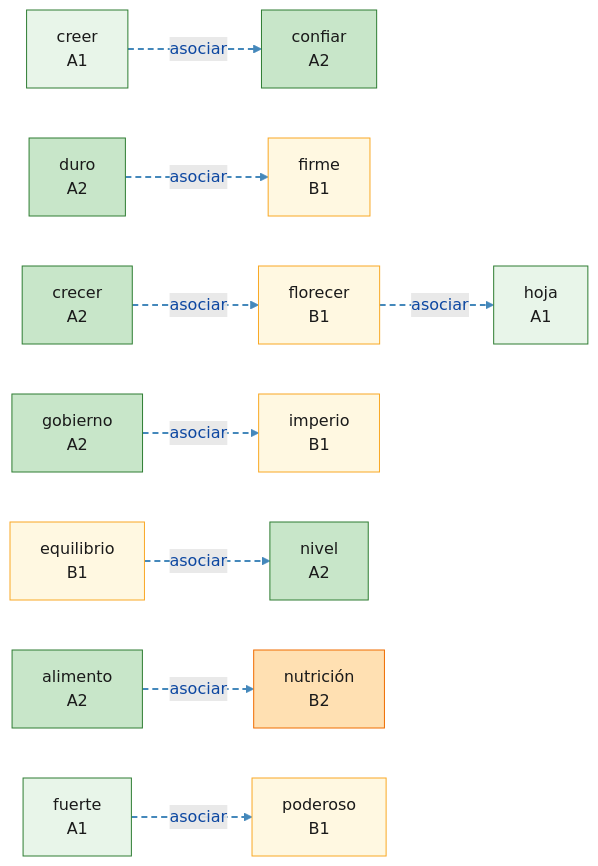
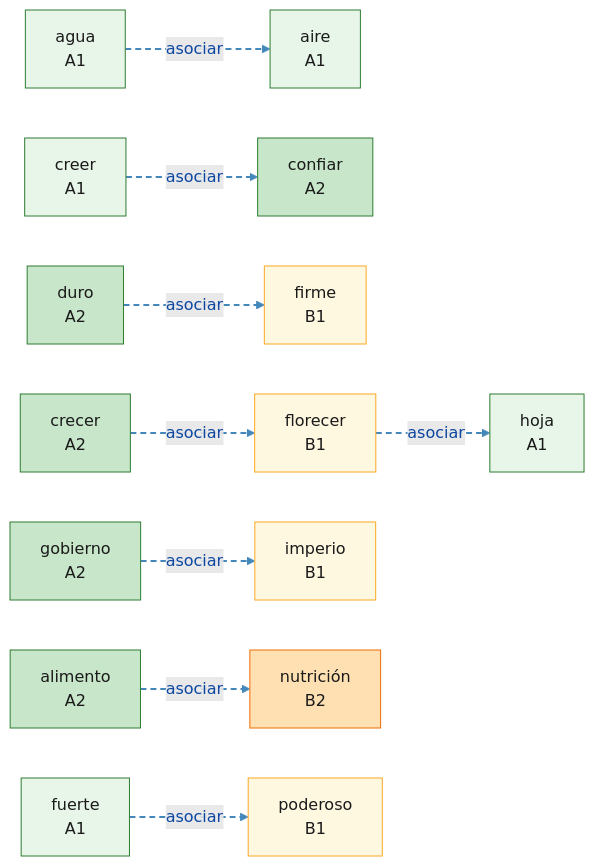
The diagram in mindmaps/asociar_a-l-3-4.md (auding1900/es-raiz-vocab), drawn with Mermaid before and after one commit. The commit also changed other lines of this file and 30 other files, not shown here.

First line of the commit message:
feat(data): 新增 C4 词根导图：struct,fabric,constru,mol,aed,tect,mur,pont

````diff
--- a/mindmaps/asociar_a-l-3-4.md
+++ b/mindmaps/asociar_a-l-3-4.md
@@ -8,57 +8,57 @@
 ```mermaid
 graph LR
+  W_agua["agua<br/>A1"]:::lvlA1
+  W_aire["aire<br/>A1"]:::lvlA1
   W_alimento["alimento<br/>A2"]:::lvlA2
   W_confiar["confiar<br/>A2"]:::lvlA2
   W_crecer["crecer<br/>A2"]:::lvlA2
   W_creer["creer<br/>A1"]:::lvlA1
   W_duro["duro<br/>A2"]:::lvlA2
-  W_equilibrio["equilibrio<br/>B1"]:::lvlB1
   W_firme["firme<br/>B1"]:::lvlB1
   W_florecer["florecer<br/>B1"]:::lvlB1
   W_fuerte["fuerte<br/>A1"]:::lvlA1
   W_gobierno["gobierno<br/>A2"]:::lvlA2
   W_hoja["hoja<br/>A1"]:::lvlA1
   W_imperio["imperio<br/>B1"]:::lvlB1
-  W_nivel["nivel<br/>A2"]:::lvlA2
   W_nutricion["nutrición<br/>B2"]:::lvlB2
   W_poderoso["poderoso<br/>B1"]:::lvlB1
+  W_agua -.->|asociar| W_aire
   W_crecer -.->|asociar| W_florecer
   W_florecer -.->|asociar| W_hoja
   W_alimento -.->|asociar| W_nutricion
   W_fuerte -.->|asociar| W_poderoso
   W_duro -.->|asociar| W_firme
   W_creer -.->|asociar| W_confiar
   W_gobierno -.->|asociar| W_imperio
-  W_equilibrio -.->|asociar| W_nivel
   linkStyle 0 stroke:#4488bb,stroke-width:2px,stroke-dasharray:6 4
   linkStyle 1 stroke:#4488bb,stroke-width:2px,stroke-dasharray:6 4
   linkStyle 2 stroke:#4488bb,stroke-width:2px,stroke-dasharray:6 4
   linkStyle 3 stroke:#4488bb,stroke-width:2px,stroke-dasharray:6 4
   linkStyle 4 stroke:#4488bb,stroke-width:2px,stroke-dasharray:6 4
   linkStyle 5 stroke:#4488bb,stroke-width:2px,stroke-dasharray:6 4
   linkStyle 6 stroke:#4488bb,stroke-width:2px,stroke-dasharray:6 4
   linkStyle 7 stroke:#4488bb,stroke-width:2px,stroke-dasharray:6 4
   classDef root fill:#bbdefb,stroke:#1565c0,stroke-width:2px,color:#0d47a1
   classDef lvlA1 fill:#e8f5e9,stroke:#2e7d32,color:#1a1a1a
   classDef lvlA2 fill:#c8e6c9,stroke:#2e7d32,color:#1a1a1a
   classDef lvlB1 fill:#fff8e1,stroke:#f9a825,color:#1a1a1a
   classDef lvlB2 fill:#ffe0b2,stroke:#ef6c00,color:#1a1a1a
   classDef lvlC1 fill:#ffccbc,stroke:#d84315,color:#1a1a1a
   classDef lvlC2 fill:#ffcdd2,stroke:#b71c1c,color:#1a1a1a
   classDef lvlNA fill:#f5f5f5,stroke:#9e9e9e,color:#424242
+  click W_agua "https://www.doubao.com/chat?q=%E8%A5%BF%E7%8F%AD%E7%89%99%E8%AF%ADagua%EF%BC%8C%E8%AF%8D%E6%A0%B9aqu%EF%BC%8C%E8%A7%A3%E9%87%8A%E8%AF%8D%E4%B9%89%E3%80%81DELE%E7%AD%89%E7%BA%A7%E3%80%81%E8%AF%AD%E4%BD%93%E3%80%81%E5%B8%B8%E7%94%A8%E6%90%AD%E9%85%8D%E3%80%81%E8%BF%91%E4%B9%89%E8%AF%8D%E8%BE%A8%E6%9E%90%EF%BC%8C%E5%B9%B6%E4%B8%94%E7%BB%992%E6%9D%A1%E6%9D%A5%E8%87%AA%E5%85%AC%E7%89%88%E8%A5%BF%E8%AF%AD%E6%96%87%E6%9C%AC%EF%BC%88Wikisource%2F%E5%8F%A4%E7%99%BB%E5%A0%A1%EF%BC%89%E7%9A%84%E8%87%AA%E7%84%B6%E4%BE%8B%E5%8F%A5%EF%BC%8C%E4%BE%8B%E5%8F%A5%E4%BC%98%E5%85%88%E9%80%89%E7%94%A8%E7%8E%B0%E4%BB%A3%E6%A0%87%E5%87%86%E8%A5%BF%E7%8F%AD%E7%89%99%E8%AF%AD%EF%BC%8C%E5%8F%A4%E4%BD%93%E4%BE%8B%E5%8F%A5%E6%A0%87%E6%B3%A8%E3%80%90arca%C3%ADsmo%E3%80%91" "豆包查询：agua" _blank
+  click W_aire "https://www.doubao.com/chat?q=%E8%A5%BF%E7%8F%AD%E7%89%99%E8%AF%ADaire%EF%BC%8C%E8%AF%8D%E6%A0%B9aer%EF%BC%8C%E8%A7%A3%E9%87%8A%E8%AF%8D%E4%B9%89%E3%80%81DELE%E7%AD%89%E7%BA%A7%E3%80%81%E8%AF%AD%E4%BD%93%E3%80%81%E5%B8%B8%E7%94%A8%E6%90%AD%E9%85%8D%E3%80%81%E8%BF%91%E4%B9%89%E8%AF%8D%E8%BE%A8%E6%9E%90%EF%BC%8C%E5%B9%B6%E4%B8%94%E7%BB%992%E6%9D%A1%E6%9D%A5%E8%87%AA%E5%85%AC%E7%89%88%E8%A5%BF%E8%AF%AD%E6%96%87%E6%9C%AC%EF%BC%88Wikisource%2F%E5%8F%A4%E7%99%BB%E5%A0%A1%EF%BC%89%E7%9A%84%E8%87%AA%E7%84%B6%E4%BE%8B%E5%8F%A5%EF%BC%8C%E4%BE%8B%E5%8F%A5%E4%BC%98%E5%85%88%E9%80%89%E7%94%A8%E7%8E%B0%E4%BB%A3%E6%A0%87%E5%87%86%E8%A5%BF%E7%8F%AD%E7%89%99%E8%AF%AD%EF%BC%8C%E5%8F%A4%E4%BD%93%E4%BE%8B%E5%8F%A5%E6%A0%87%E6%B3%A8%E3%80%90arca%C3%ADsmo%E3%80%91" "豆包查询：aire" _blank
   click W_alimento "https://www.doubao.com/chat?q=%E8%A5%BF%E7%8F%AD%E7%89%99%E8%AF%ADalimento%EF%BC%8C%E8%AF%8D%E6%A0%B9al%EF%BC%8C%E8%A7%A3%E9%87%8A%E8%AF%8D%E4%B9%89%E3%80%81DELE%E7%AD%89%E7%BA%A7%E3%80%81%E8%AF%AD%E4%BD%93%E3%80%81%E5%B8%B8%E7%94%A8%E6%90%AD%E9%85%8D%E3%80%81%E8%BF%91%E4%B9%89%E8%AF%8D%E8%BE%A8%E6%9E%90%EF%BC%8C%E5%B9%B6%E4%B8%94%E7%BB%992%E6%9D%A1%E6%9D%A5%E8%87%AA%E5%85%AC%E7%89%88%E8%A5%BF%E8%AF%AD%E6%96%87%E6%9C%AC%EF%BC%88Wikisource%2F%E5%8F%A4%E7%99%BB%E5%A0%A1%EF%BC%89%E7%9A%84%E8%87%AA%E7%84%B6%E4%BE%8B%E5%8F%A5%EF%BC%8C%E4%BE%8B%E5%8F%A5%E4%BC%98%E5%85%88%E9%80%89%E7%94%A8%E7%8E%B0%E4%BB%A3%E6%A0%87%E5%87%86%E8%A5%BF%E7%8F%AD%E7%89%99%E8%AF%AD%EF%BC%8C%E5%8F%A4%E4%BD%93%E4%BE%8B%E5%8F%A5%E6%A0%87%E6%B3%A8%E3%80%90arca%C3%ADsmo%E3%80%91" "豆包查询：alimento" _blank
   click W_confiar "https://www.doubao.com/chat?q=%E8%A5%BF%E7%8F%AD%E7%89%99%E8%AF%ADconfiar%EF%BC%8C%E8%AF%8D%E6%A0%B9fid%EF%BC%8C%E8%A7%A3%E9%87%8A%E8%AF%8D%E4%B9%89%E3%80%81DELE%E7%AD%89%E7%BA%A7%E3%80%81%E8%AF%AD%E4%BD%93%E3%80%81%E5%B8%B8%E7%94%A8%E6%90%AD%E9%85%8D%E3%80%81%E8%BF%91%E4%B9%89%E8%AF%8D%E8%BE%A8%E6%9E%90%EF%BC%8C%E5%B9%B6%E4%B8%94%E7%BB%992%E6%9D%A1%E6%9D%A5%E8%87%AA%E5%85%AC%E7%89%88%E8%A5%BF%E8%AF%AD%E6%96%87%E6%9C%AC%EF%BC%88Wikisource%2F%E5%8F%A4%E7%99%BB%E5%A0%A1%EF%BC%89%E7%9A%84%E8%87%AA%E7%84%B6%E4%BE%8B%E5%8F%A5%EF%BC%8C%E4%BE%8B%E5%8F%A5%E4%BC%98%E5%85%88%E9%80%89%E7%94%A8%E7%8E%B0%E4%BB%A3%E6%A0%87%E5%87%86%E8%A5%BF%E7%8F%AD%E7%89%99%E8%AF%AD%EF%BC%8C%E5%8F%A4%E4%BD%93%E4%BE%8B%E5%8F%A5%E6%A0%87%E6%B3%A8%E3%80%90arca%C3%ADsmo%E3%80%91" "豆包查询：confiar" _blank
   click W_crecer "https://www.doubao.com/chat?q=%E8%A5%BF%E7%8F%AD%E7%89%99%E8%AF%ADcrecer%EF%BC%8C%E8%AF%8D%E6%A0%B9cresc%EF%BC%8C%E8%A7%A3%E9%87%8A%E8%AF%8D%E4%B9%89%E3%80%81DELE%E7%AD%89%E7%BA%A7%E3%80%81%E8%AF%AD%E4%BD%93%E3%80%81%E5%B8%B8%E7%94%A8%E6%90%AD%E9%85%8D%E3%80%81%E8%BF%91%E4%B9%89%E8%AF%8D%E8%BE%A8%E6%9E%90%EF%BC%8C%E5%B9%B6%E4%B8%94%E7%BB%992%E6%9D%A1%E6%9D%A5%E8%87%AA%E5%85%AC%E7%89%88%E8%A5%BF%E8%AF%AD%E6%96%87%E6%9C%AC%EF%BC%88Wikisource%2F%E5%8F%A4%E7%99%BB%E5%A0%A1%EF%BC%89%E7%9A%84%E8%87%AA%E7%84%B6%E4%BE%8B%E5%8F%A5%EF%BC%8C%E4%BE%8B%E5%8F%A5%E4%BC%98%E5%85%88%E9%80%89%E7%94%A8%E7%8E%B0%E4%BB%A3%E6%A0%87%E5%87%86%E8%A5%BF%E7%8F%AD%E7%89%99%E8%AF%AD%EF%BC%8C%E5%8F%A4%E4%BD%93%E4%BE%8B%E5%8F%A5%E6%A0%87%E6%B3%A8%E3%80%90arca%C3%ADsmo%E3%80%91" "豆包查询：crecer" _blank
   click W_creer "https://www.doubao.com/chat?q=%E8%A5%BF%E7%8F%AD%E7%89%99%E8%AF%ADcreer%EF%BC%8C%E8%AF%8D%E6%A0%B9cred%EF%BC%8C%E8%A7%A3%E9%87%8A%E8%AF%8D%E4%B9%89%E3%80%81DELE%E7%AD%89%E7%BA%A7%E3%80%81%E8%AF%AD%E4%BD%93%E3%80%81%E5%B8%B8%E7%94%A8%E6%90%AD%E9%85%8D%E3%80%81%E8%BF%91%E4%B9%89%E8%AF%8D%E8%BE%A8%E6%9E%90%EF%BC%8C%E5%B9%B6%E4%B8%94%E7%BB%992%E6%9D%A1%E6%9D%A5%E8%87%AA%E5%85%AC%E7%89%88%E8%A5%BF%E8%AF%AD%E6%96%87%E6%9C%AC%EF%BC%88Wikisource%2F%E5%8F%A4%E7%99%BB%E5%A0%A1%EF%BC%89%E7%9A%84%E8%87%AA%E7%84%B6%E4%BE%8B%E5%8F%A5%EF%BC%8C%E4%BE%8B%E5%8F%A5%E4%BC%98%E5%85%88%E9%80%89%E7%94%A8%E7%8E%B0%E4%BB%A3%E6%A0%87%E5%87%86%E8%A5%BF%E7%8F%AD%E7%89%99%E8%AF%AD%EF%BC%8C%E5%8F%A4%E4%BD%93%E4%BE%8B%E5%8F%A5%E6%A0%87%E6%B3%A8%E3%80%90arca%C3%ADsmo%E3%80%91" "豆包查询：creer" _blank
   click W_duro "https://www.doubao.com/chat?q=%E8%A5%BF%E7%8F%AD%E7%89%99%E8%AF%ADduro%EF%BC%8C%E8%AF%8D%E6%A0%B9dur%EF%BC%8C%E8%A7%A3%E9%87%8A%E8%AF%8D%E4%B9%89%E3%80%81DELE%E7%AD%89%E7%BA%A7%E3%80%81%E8%AF%AD%E4%BD%93%E3%80%81%E5%B8%B8%E7%94%A8%E6%90%AD%E9%85%8D%E3%80%81%E8%BF%91%E4%B9%89%E8%AF%8D%E8%BE%A8%E6%9E%90%EF%BC%8C%E5%B9%B6%E4%B8%94%E7%BB%992%E6%9D%A1%E6%9D%A5%E8%87%AA%E5%85%AC%E7%89%88%E8%A5%BF%E8%AF%AD%E6%96%87%E6%9C%AC%EF%BC%88Wikisource%2F%E5%8F%A4%E7%99%BB%E5%A0%A1%EF%BC%89%E7%9A%84%E8%87%AA%E7%84%B6%E4%BE%8B%E5%8F%A5%EF%BC%8C%E4%BE%8B%E5%8F%A5%E4%BC%98%E5%85%88%E9%80%89%E7%94%A8%E7%8E%B0%E4%BB%A3%E6%A0%87%E5%87%86%E8%A5%BF%E7%8F%AD%E7%89%99%E8%AF%AD%EF%BC%8C%E5%8F%A4%E4%BD%93%E4%BE%8B%E5%8F%A5%E6%A0%87%E6%B3%A8%E3%80%90arca%C3%ADsmo%E3%80%91" "豆包查询：duro" _blank
-  click W_equilibrio "https://www.doubao.com/chat?q=%E8%A5%BF%E7%8F%AD%E7%89%99%E8%AF%ADequilibrio%EF%BC%8C%E8%AF%8D%E6%A0%B9lib%EF%BC%8C%E8%A7%A3%E9%87%8A%E8%AF%8D%E4%B9%89%E3%80%81DELE%E7%AD%89%E7%BA%A7%E3%80%81%E8%AF%AD%E4%BD%93%E3%80%81%E5%B8%B8%E7%94%A8%E6%90%AD%E9%85%8D%E3%80%81%E8%BF%91%E4%B9%89%E8%AF%8D%E8%BE%A8%E6%9E%90%EF%BC%8C%E5%B9%B6%E4%B8%94%E7%BB%992%E6%9D%A1%E6%9D%A5%E8%87%AA%E5%85%AC%E7%89%88%E8%A5%BF%E8%AF%AD%E6%96%87%E6%9C%AC%EF%BC%88Wikisource%2F%E5%8F%A4%E7%99%BB%E5%A0%A1%EF%BC%89%E7%9A%84%E8%87%AA%E7%84%B6%E4%BE%8B%E5%8F%A5%EF%BC%8C%E4%BE%8B%E5%8F%A5%E4%BC%98%E5%85%88%E9%80%89%E7%94%A8%E7%8E%B0%E4%BB%A3%E6%A0%87%E5%87%86%E8%A5%BF%E7%8F%AD%E7%89%99%E8%AF%AD%EF%BC%8C%E5%8F%A4%E4%BD%93%E4%BE%8B%E5%8F%A5%E6%A0%87%E6%B3%A8%E3%80%90arca%C3%ADsmo%E3%80%91" "豆包查询：equilibrio" _blank
   click W_firme "https://www.doubao.com/chat?q=%E8%A5%BF%E7%8F%AD%E7%89%99%E8%AF%ADfirme%EF%BC%8C%E8%AF%8D%E6%A0%B9firm%EF%BC%8C%E8%A7%A3%E9%87%8A%E8%AF%8D%E4%B9%89%E3%80%81DELE%E7%AD%89%E7%BA%A7%E3%80%81%E8%AF%AD%E4%BD%93%E3%80%81%E5%B8%B8%E7%94%A8%E6%90%AD%E9%85%8D%E3%80%81%E8%BF%91%E4%B9%89%E8%AF%8D%E8%BE%A8%E6%9E%90%EF%BC%8C%E5%B9%B6%E4%B8%94%E7%BB%992%E6%9D%A1%E6%9D%A5%E8%87%AA%E5%85%AC%E7%89%88%E8%A5%BF%E8%AF%AD%E6%96%87%E6%9C%AC%EF%BC%88Wikisource%2F%E5%8F%A4%E7%99%BB%E5%A0%A1%EF%BC%89%E7%9A%84%E8%87%AA%E7%84%B6%E4%BE%8B%E5%8F%A5%EF%BC%8C%E4%BE%8B%E5%8F%A5%E4%BC%98%E5%85%88%E9%80%89%E7%94%A8%E7%8E%B0%E4%BB%A3%E6%A0%87%E5%87%86%E8%A5%BF%E7%8F%AD%E7%89%99%E8%AF%AD%EF%BC%8C%E5%8F%A4%E4%BD%93%E4%BE%8B%E5%8F%A5%E6%A0%87%E6%B3%A8%E3%80%90arca%C3%ADsmo%E3%80%91" "豆包查询：firme" _blank
   click W_florecer "https://www.doubao.com/chat?q=%E8%A5%BF%E7%8F%AD%E7%89%99%E8%AF%ADflorecer%EF%BC%8C%E8%AF%8D%E6%A0%B9flor%EF%BC%8C%E8%A7%A3%E9%87%8A%E8%AF%8D%E4%B9%89%E3%80%81DELE%E7%AD%89%E7%BA%A7%E3%80%81%E8%AF%AD%E4%BD%93%E3%80%81%E5%B8%B8%E7%94%A8%E6%90%AD%E9%85%8D%E3%80%81%E8%BF%91%E4%B9%89%E8%AF%8D%E8%BE%A8%E6%9E%90%EF%BC%8C%E5%B9%B6%E4%B8%94%E7%BB%992%E6%9D%A1%E6%9D%A5%E8%87%AA%E5%85%AC%E7%89%88%E8%A5%BF%E8%AF%AD%E6%96%87%E6%9C%AC%EF%BC%88Wikisource%2F%E5%8F%A4%E7%99%BB%E5%A0%A1%EF%BC%89%E7%9A%84%E8%87%AA%E7%84%B6%E4%BE%8B%E5%8F%A5%EF%BC%8C%E4%BE%8B%E5%8F%A5%E4%BC%98%E5%85%88%E9%80%89%E7%94%A8%E7%8E%B0%E4%BB%A3%E6%A0%87%E5%87%86%E8%A5%BF%E7%8F%AD%E7%89%99%E8%AF%AD%EF%BC%8C%E5%8F%A4%E4%BD%93%E4%BE%8B%E5%8F%A5%E6%A0%87%E6%B3%A8%E3%80%90arca%C3%ADsmo%E3%80%91" "豆包查询：florecer" _blank
   click W_fuerte "https://www.doubao.com/chat?q=%E8%A5%BF%E7%8F%AD%E7%89%99%E8%AF%ADfuerte%EF%BC%8C%E8%AF%8D%E6%A0%B9fort%EF%BC%8C%E8%A7%A3%E9%87%8A%E8%AF%8D%E4%B9%89%E3%80%81DELE%E7%AD%89%E7%BA%A7%E3%80%81%E8%AF%AD%E4%BD%93%E3%80%81%E5%B8%B8%E7%94%A8%E6%90%AD%E9%85%8D%E3%80%81%E8%BF%91%E4%B9%89%E8%AF%8D%E8%BE%A8%E6%9E%90%EF%BC%8C%E5%B9%B6%E4%B8%94%E7%BB%992%E6%9D%A1%E6%9D%A5%E8%87%AA%E5%85%AC%E7%89%88%E8%A5%BF%E8%AF%AD%E6%96%87%E6%9C%AC%EF%BC%88Wikisource%2F%E5%8F%A4%E7%99%BB%E5%A0%A1%EF%BC%89%E7%9A%84%E8%87%AA%E7%84%B6%E4%BE%8B%E5%8F%A5%EF%BC%8C%E4%BE%8B%E5%8F%A5%E4%BC%98%E5%85%88%E9%80%89%E7%94%A8%E7%8E%B0%E4%BB%A3%E6%A0%87%E5%87%86%E8%A5%BF%E7%8F%AD%E7%89%99%E8%AF%AD%EF%BC%8C%E5%8F%A4%E4%BD%93%E4%BE%8B%E5%8F%A5%E6%A0%87%E6%B3%A8%E3%80%90arca%C3%ADsmo%E3%80%91" "豆包查询：fuerte" _blank
   click W_gobierno "https://www.doubao.com/chat?q=%E8%A5%BF%E7%8F%AD%E7%89%99%E8%AF%ADgobierno%EF%BC%8C%E8%AF%8D%E6%A0%B9gubern%EF%BC%8C%E8%A7%A3%E9%87%8A%E8%AF%8D%E4%B9%89%E3%80%81DELE%E7%AD%89%E7%BA%A7%E3%80%81%E8%AF%AD%E4%BD%93%E3%80%81%E5%B8%B8%E7%94%A8%E6%90%AD%E9%85%8D%E3%80%81%E8%BF%91%E4%B9%89%E8%AF%8D%E8%BE%A8%E6%9E%90%EF%BC%8C%E5%B9%B6%E4%B8%94%E7%BB%992%E6%9D%A1%E6%9D%A5%E8%87%AA%E5%85%AC%E7%89%88%E8%A5%BF%E8%AF%AD%E6%96%87%E6%9C%AC%EF%BC%88Wikisource%2F%E5%8F%A4%E7%99%BB%E5%A0%A1%EF%BC%89%E7%9A%84%E8%87%AA%E7%84%B6%E4%BE%8B%E5%8F%A5%EF%BC%8C%E4%BE%8B%E5%8F%A5%E4%BC%98%E5%85%88%E9%80%89%E7%94%A8%E7%8E%B0%E4%BB%A3%E6%A0%87%E5%87%86%E8%A5%BF%E7%8F%AD%E7%89%99%E8%AF%AD%EF%BC%8C%E5%8F%A4%E4%BD%93%E4%BE%8B%E5%8F%A5%E6%A0%87%E6%B3%A8%E3%80%90arca%C3%ADsmo%E3%80%91" "豆包查询：gobierno" _blank
   click W_hoja "https://www.doubao.com/chat?q=%E8%A5%BF%E7%8F%AD%E7%89%99%E8%AF%ADhoja%EF%BC%8C%E8%AF%8D%E6%A0%B9fol%EF%BC%8C%E8%A7%A3%E9%87%8A%E8%AF%8D%E4%B9%89%E3%80%81DELE%E7%AD%89%E7%BA%A7%E3%80%81%E8%AF%AD%E4%BD%93%E3%80%81%E5%B8%B8%E7%94%A8%E6%90%AD%E9%85%8D%E3%80%81%E8%BF%91%E4%B9%89%E8%AF%8D%E8%BE%A8%E6%9E%90%EF%BC%8C%E5%B9%B6%E4%B8%94%E7%BB%992%E6%9D%A1%E6%9D%A5%E8%87%AA%E5%85%AC%E7%89%88%E8%A5%BF%E8%AF%AD%E6%96%87%E6%9C%AC%EF%BC%88Wikisource%2F%E5%8F%A4%E7%99%BB%E5%A0%A1%EF%BC%89%E7%9A%84%E8%87%AA%E7%84%B6%E4%BE%8B%E5%8F%A5%EF%BC%8C%E4%BE%8B%E5%8F%A5%E4%BC%98%E5%85%88%E9%80%89%E7%94%A8%E7%8E%B0%E4%BB%A3%E6%A0%87%E5%87%86%E8%A5%BF%E7%8F%AD%E7%89%99%E8%AF%AD%EF%BC%8C%E5%8F%A4%E4%BD%93%E4%BE%8B%E5%8F%A5%E6%A0%87%E6%B3%A8%E3%80%90arca%C3%ADsmo%E3%80%91" "豆包查询：hoja" _blank
   click W_imperio "https://www.doubao.com/chat?q=%E8%A5%BF%E7%8F%AD%E7%89%99%E8%AF%ADimperio%EF%BC%8C%E8%AF%8D%E6%A0%B9imper%EF%BC%8C%E8%A7%A3%E9%87%8A%E8%AF%8D%E4%B9%89%E3%80%81DELE%E7%AD%89%E7%BA%A7%E3%80%81%E8%AF%AD%E4%BD%93%E3%80%81%E5%B8%B8%E7%94%A8%E6%90%AD%E9%85%8D%E3%80%81%E8%BF%91%E4%B9%89%E8%AF%8D%E8%BE%A8%E6%9E%90%EF%BC%8C%E5%B9%B6%E4%B8%94%E7%BB%992%E6%9D%A1%E6%9D%A5%E8%87%AA%E5%85%AC%E7%89%88%E8%A5%BF%E8%AF%AD%E6%96%87%E6%9C%AC%EF%BC%88Wikisource%2F%E5%8F%A4%E7%99%BB%E5%A0%A1%EF%BC%89%E7%9A%84%E8%87%AA%E7%84%B6%E4%BE%8B%E5%8F%A5%EF%BC%8C%E4%BE%8B%E5%8F%A5%E4%BC%98%E5%85%88%E9%80%89%E7%94%A8%E7%8E%B0%E4%BB%A3%E6%A0%87%E5%87%86%E8%A5%BF%E7%8F%AD%E7%89%99%E8%AF%AD%EF%BC%8C%E5%8F%A4%E4%BD%93%E4%BE%8B%E5%8F%A5%E6%A0%87%E6%B3%A8%E3%80%90arca%C3%ADsmo%E3%80%91" "豆包查询：imperio" _blank
-  click W_nivel "https://www.doubao.com/chat?q=%E8%A5%BF%E7%8F%AD%E7%89%99%E8%AF%ADnivel%EF%BC%8C%E8%AF%8D%E6%A0%B9lib%EF%BC%8C%E8%A7%A3%E9%87%8A%E8%AF%8D%E4%B9%89%E3%80%81DELE%E7%AD%89%E7%BA%A7%E3%80%81%E8%AF%AD%E4%BD%93%E3%80%81%E5%B8%B8%E7%94%A8%E6%90%AD%E9%85%8D%E3%80%81%E8%BF%91%E4%B9%89%E8%AF%8D%E8%BE%A8%E6%9E%90%EF%BC%8C%E5%B9%B6%E4%B8%94%E7%BB%992%E6%9D%A1%E6%9D%A5%E8%87%AA%E5%85%AC%E7%89%88%E8%A5%BF%E8%AF%AD%E6%96%87%E6%9C%AC%EF%BC%88Wikisource%2F%E5%8F%A4%E7%99%BB%E5%A0%A1%EF%BC%89%E7%9A%84%E8%87%AA%E7%84%B6%E4%BE%8B%E5%8F%A5%EF%BC%8C%E4%BE%8B%E5%8F%A5%E4%BC%98%E5%85%88%E9%80%89%E7%94%A8%E7%8E%B0%E4%BB%A3%E6%A0%87%E5%87%86%E8%A5%BF%E7%8F%AD%E7%89%99%E8%AF%AD%EF%BC%8C%E5%8F%A4%E4%BD%93%E4%BE%8B%E5%8F%A5%E6%A0%87%E6%B3%A8%E3%80%90arca%C3%ADsmo%E3%80%91" "豆包查询：nivel" _blank
   click W_nutricion "https://www.doubao.com/chat?q=%E8%A5%BF%E7%8F%AD%E7%89%99%E8%AF%ADnutrici%C3%B3n%EF%BC%8C%E8%AF%8D%E6%A0%B9nutr%EF%BC%8C%E8%A7%A3%E9%87%8A%E8%AF%8D%E4%B9%89%E3%80%81DELE%E7%AD%89%E7%BA%A7%E3%80%81%E8%AF%AD%E4%BD%93%E3%80%81%E5%B8%B8%E7%94%A8%E6%90%AD%E9%85%8D%E3%80%81%E8%BF%91%E4%B9%89%E8%AF%8D%E8%BE%A8%E6%9E%90%EF%BC%8C%E5%B9%B6%E4%B8%94%E7%BB%992%E6%9D%A1%E6%9D%A5%E8%87%AA%E5%85%AC%E7%89%88%E8%A5%BF%E8%AF%AD%E6%96%87%E6%9C%AC%EF%BC%88Wikisource%2F%E5%8F%A4%E7%99%BB%E5%A0%A1%EF%BC%89%E7%9A%84%E8%87%AA%E7%84%B6%E4%BE%8B%E5%8F%A5%EF%BC%8C%E4%BE%8B%E5%8F%A5%E4%BC%98%E5%85%88%E9%80%89%E7%94%A8%E7%8E%B0%E4%BB%A3%E6%A0%87%E5%87%86%E8%A5%BF%E7%8F%AD%E7%89%99%E8%AF%AD%EF%BC%8C%E5%8F%A4%E4%BD%93%E4%BE%8B%E5%8F%A5%E6%A0%87%E6%B3%A8%E3%80%90arca%C3%ADsmo%E3%80%91" "豆包查询：nutrición" _blank
   click W_poderoso "https://www.doubao.com/chat?q=%E8%A5%BF%E7%8F%AD%E7%89%99%E8%AF%ADpoderoso%EF%BC%8C%E8%AF%8D%E6%A0%B9pot%EF%BC%8C%E8%A7%A3%E9%87%8A%E8%AF%8D%E4%B9%89%E3%80%81DELE%E7%AD%89%E7%BA%A7%E3%80%81%E8%AF%AD%E4%BD%93%E3%80%81%E5%B8%B8%E7%94%A8%E6%90%AD%E9%85%8D%E3%80%81%E8%BF%91%E4%B9%89%E8%AF%8D%E8%BE%A8%E6%9E%90%EF%BC%8C%E5%B9%B6%E4%B8%94%E7%BB%992%E6%9D%A1%E6%9D%A5%E8%87%AA%E5%85%AC%E7%89%88%E8%A5%BF%E8%AF%AD%E6%96%87%E6%9C%AC%EF%BC%88Wikisource%2F%E5%8F%A4%E7%99%BB%E5%A0%A1%EF%BC%89%E7%9A%84%E8%87%AA%E7%84%B6%E4%BE%8B%E5%8F%A5%EF%BC%8C%E4%BE%8B%E5%8F%A5%E4%BC%98%E5%85%88%E9%80%89%E7%94%A8%E7%8E%B0%E4%BB%A3%E6%A0%87%E5%87%86%E8%A5%BF%E7%8F%AD%E7%89%99%E8%AF%AD%EF%BC%8C%E5%8F%A4%E4%BD%93%E4%BE%8B%E5%8F%A5%E6%A0%87%E6%B3%A8%E3%80%90arca%C3%ADsmo%E3%80%91" "豆包查询：poderoso" _blank
 ```
````
